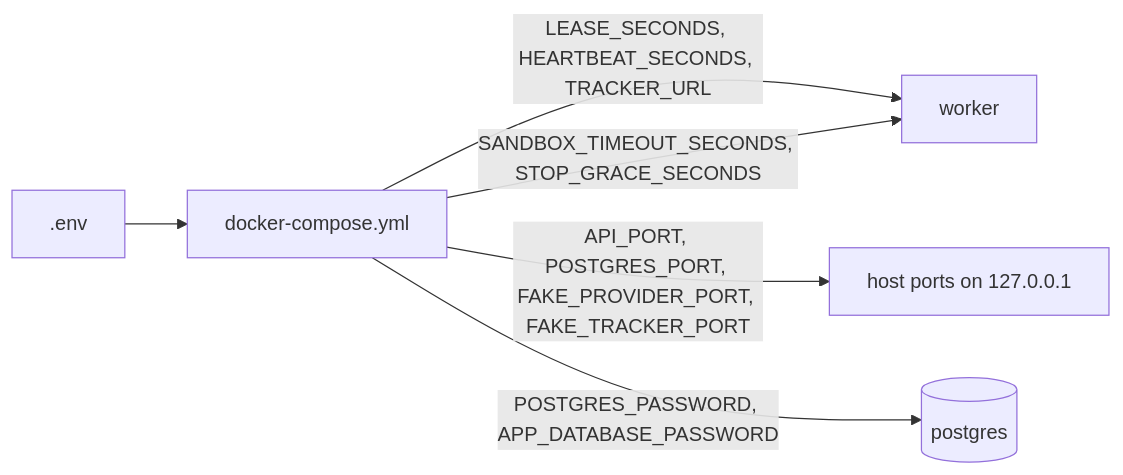
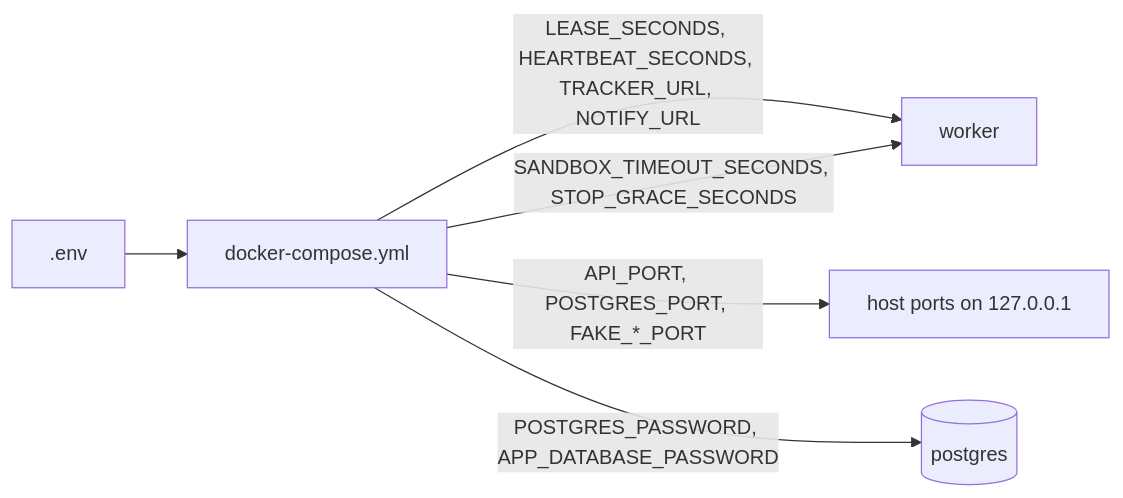
Before and after one commit to sindredg/agent-runtime: the first of 2 diagrams in docs/settings.md, drawn with Mermaid. The commit also changed other lines of this file and 29 other files, not shown here.

Commit message:
feat: post a parked job's question to NOTIFY_URL (#191)

````diff
--- a/docs/settings.md
+++ b/docs/settings.md
@@ -9,8 +9,8 @@
 ```mermaid
 flowchart LR
     E[.env] --> C[docker-compose.yml]
-    C -->|LEASE_SECONDS, HEARTBEAT_SECONDS, TRACKER_URL| W[worker]
+    C -->|LEASE_SECONDS, HEARTBEAT_SECONDS, TRACKER_URL, NOTIFY_URL| W[worker]
     C -->|SANDBOX_TIMEOUT_SECONDS, STOP_GRACE_SECONDS| W
-    C -->|API_PORT, POSTGRES_PORT, FAKE_PROVIDER_PORT, FAKE_TRACKER_PORT| H[host ports on 127.0.0.1]
+    C -->|API_PORT, POSTGRES_PORT, FAKE_*_PORT| H[host ports on 127.0.0.1]
     C -->|POSTGRES_PASSWORD, APP_DATABASE_PASSWORD| DB[(postgres)]
 ```
````
